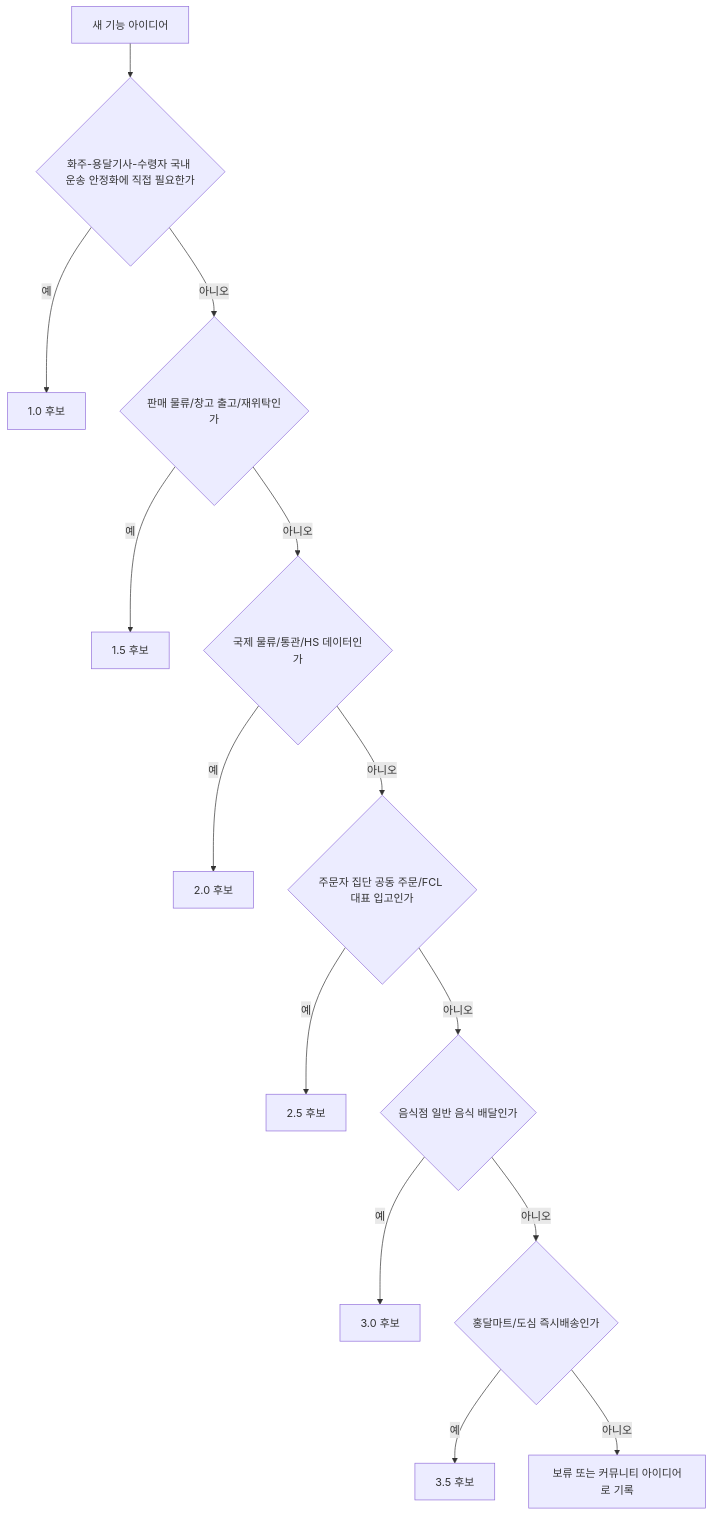
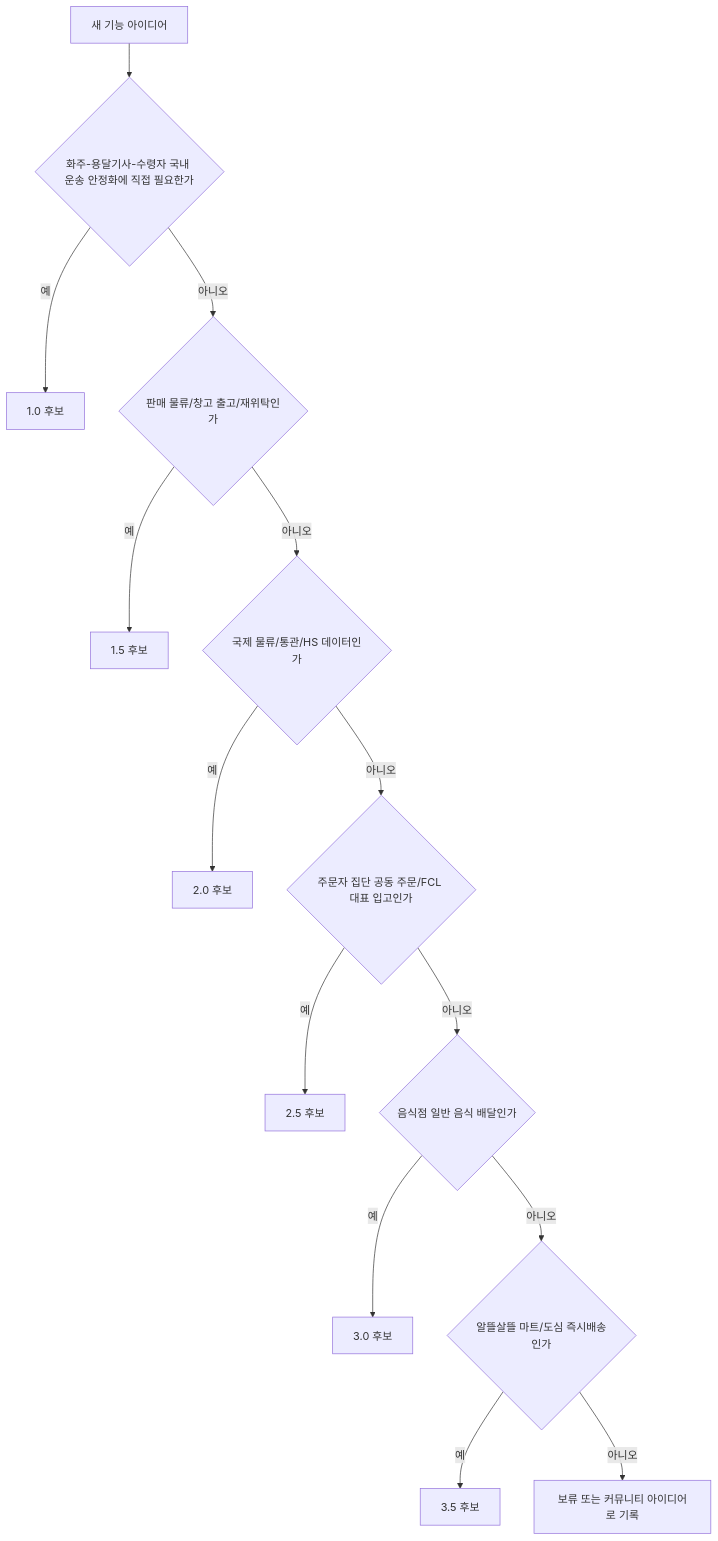
The second of 2 diagrams in docs/ProjectOverview/version-roadmap.md (cheolwo/hongdal), drawn with Mermaid before and after one commit. The commit also changed other lines of this file and 39 other files, not shown here.

````diff
--- a/docs/ProjectOverview/version-roadmap.md
+++ b/docs/ProjectOverview/version-roadmap.md
@@ -53,16 +53,16 @@
 ```mermaid
 flowchart TD
     A["새 기능 아이디어"] --> B{"화주-용달기사-수령자 국내 운송 안정화에 직접 필요한가"}
     B -->|예| C["1.0 후보"]
     B -->|아니오| F{"판매 물류/창고 출고/재위탁인가"}
     F -->|예| G["1.5 후보"]
     F -->|아니오| D{"국제 물류/통관/HS 데이터인가"}
     D -->|예| E["2.0 후보"]
     D -->|아니오| O{"주문자 집단 공동 주문/FCL 대표 입고인가"}
     O -->|예| P["2.5 후보"]
     O -->|아니오| H{"음식점 일반 음식 배달인가"}
     H -->|예| L["3.0 후보"]
-    H -->|아니오| R{"홍달마트/도심 즉시배송인가"}
+    H -->|아니오| R{"알뜰살뜰 마트/도심 즉시배송인가"}
     R -->|예| S["3.5 후보"]
     R -->|아니오| M["보류 또는 커뮤니티 아이디어로 기록"]
 ```
````
